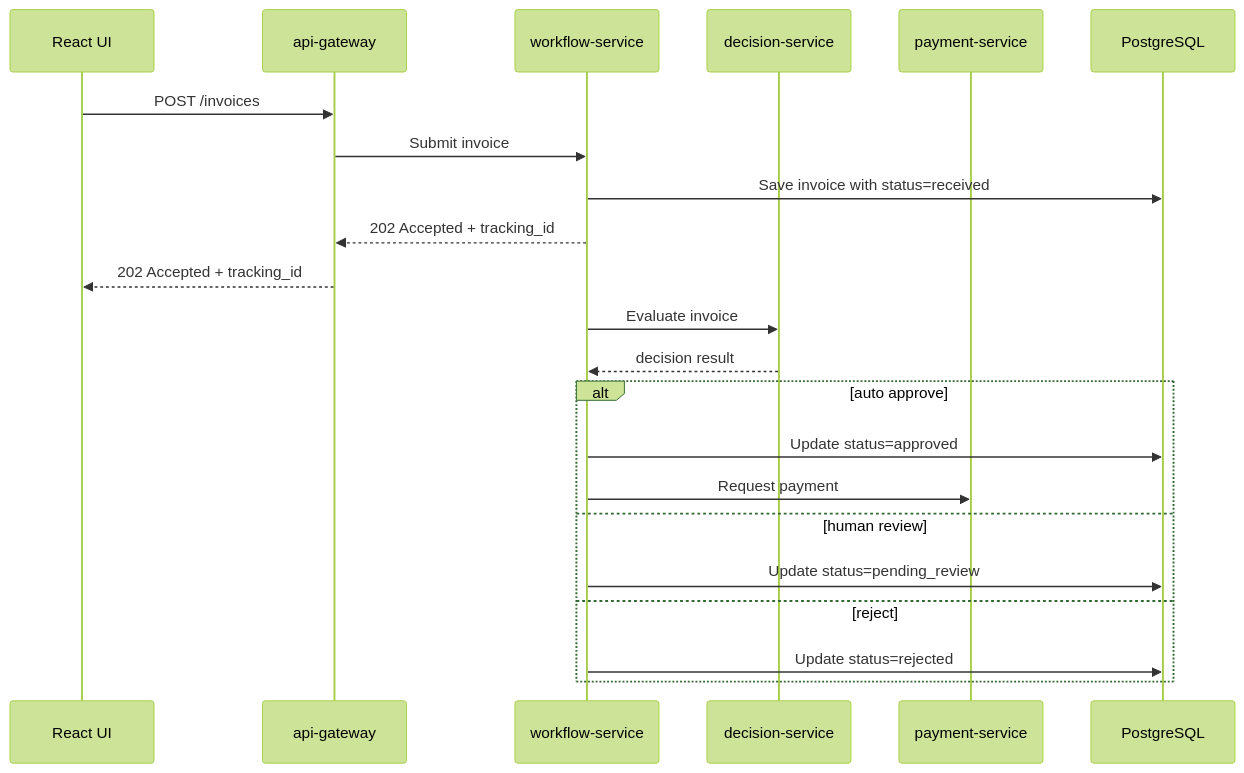
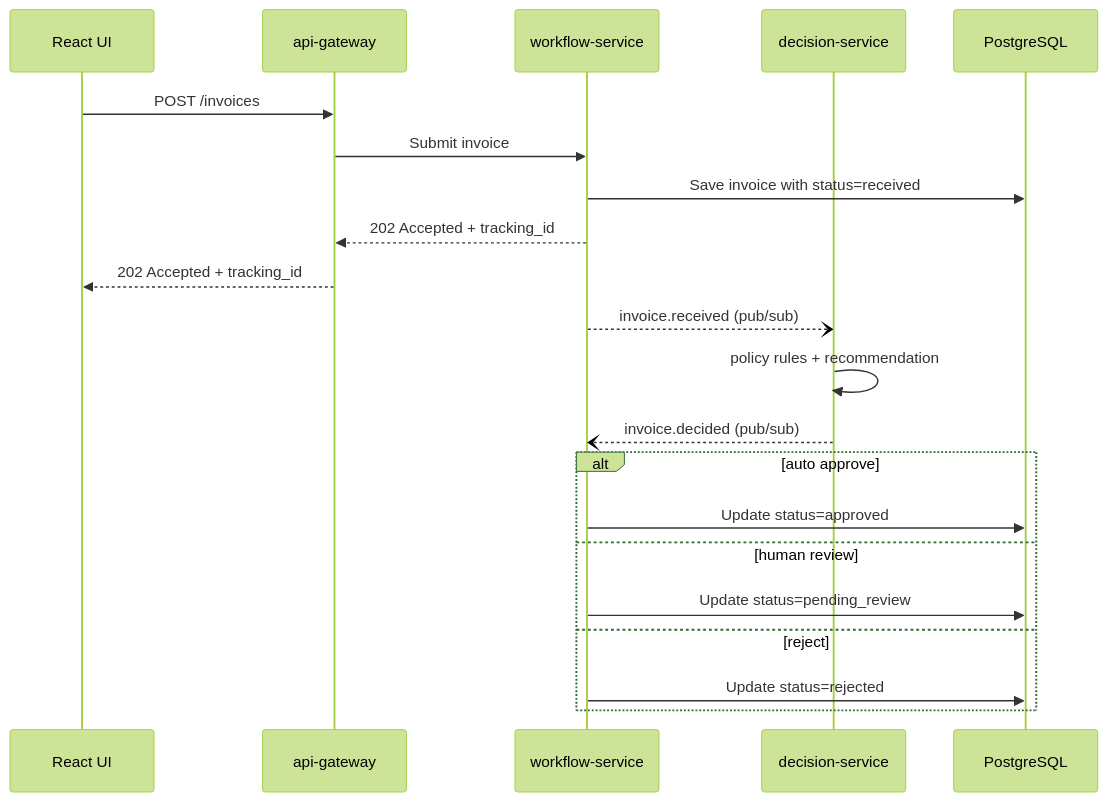
The second of 3 diagrams in ARCHITECTURE.md (noasivan1/approval-flow), drawn with Mermaid (forest theme) before and after one commit. The commit also changed other lines of this file and 22 other files, not shown here.

````diff
--- a/ARCHITECTURE.md
+++ b/ARCHITECTURE.md
@@ -91,27 +87,26 @@
 ```mermaid
 sequenceDiagram
     participant U as React UI
     participant G as api-gateway
     participant W as workflow-service
     participant D as decision-service
-    participant P as payment-service
     participant DB as PostgreSQL
 
     U->>G: POST /invoices
     G->>W: Submit invoice
     W->>DB: Save invoice with status=received
     W-->>G: 202 Accepted + tracking_id
     G-->>U: 202 Accepted + tracking_id
 
-    W->>D: Evaluate invoice
-    D-->>W: decision result
+    W--)D: invoice.received (pub/sub)
+    D->>D: policy rules + recommendation
+    D--)W: invoice.decided (pub/sub)
 
     alt auto approve
         W->>DB: Update status=approved
-        W->>P: Request payment
     else human review
         W->>DB: Update status=pending_review
     else reject
         W->>DB: Update status=rejected
     end
 ```
````
